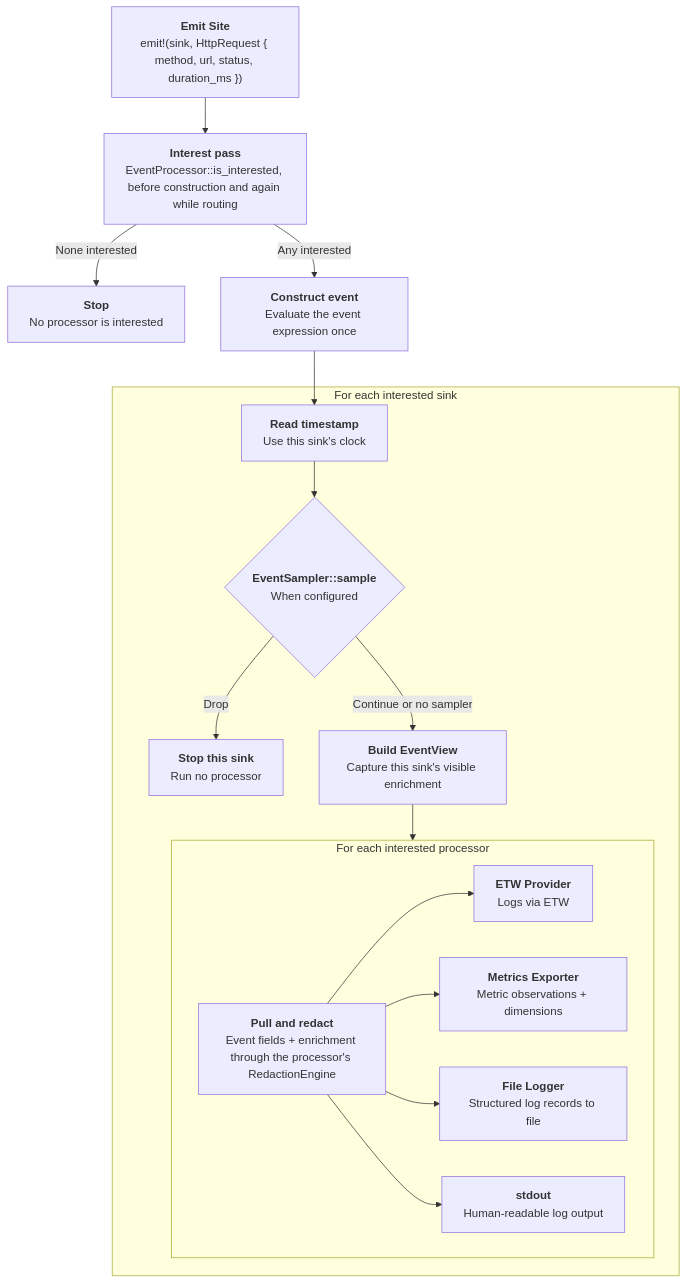
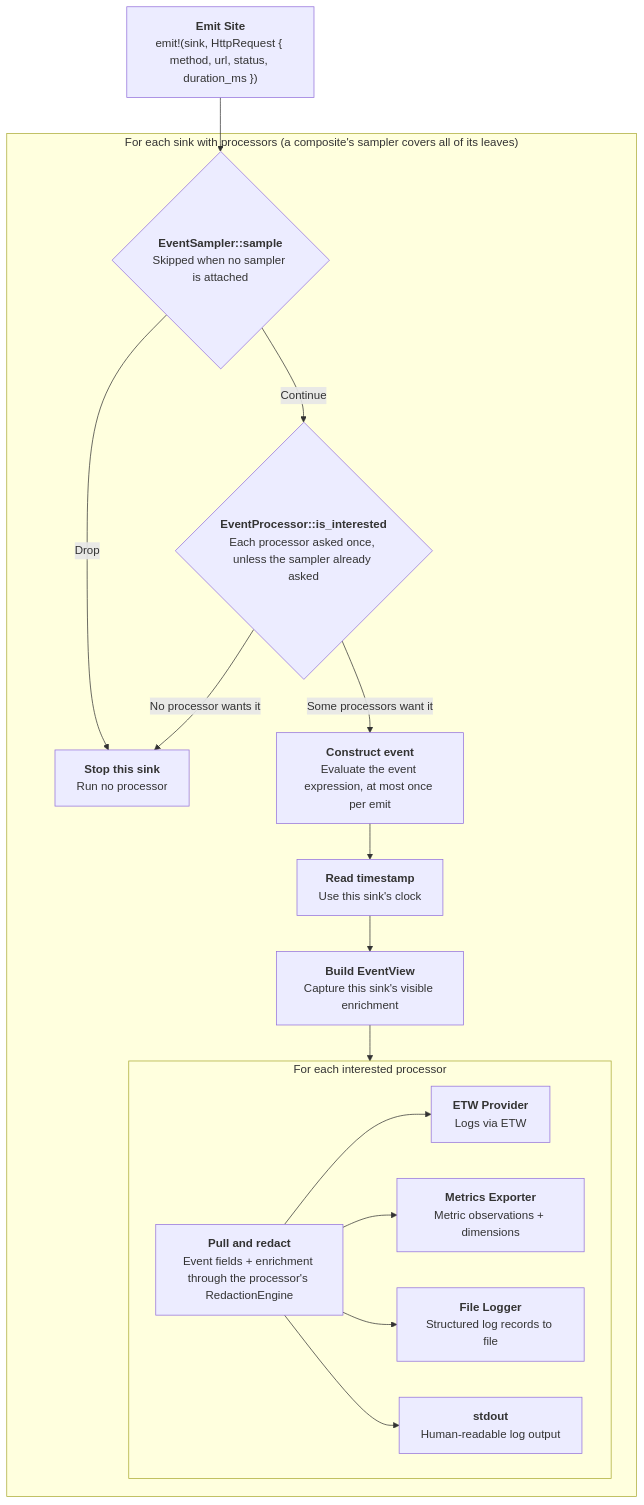
Before and after one commit to microsoft/oxidizer: the diagram in crates/observed/DESIGN.md, drawn with Mermaid. The commit also changed other lines of this file and 13 other files, not shown here.

First line of the commit message:
feat(observed)!: let event samplers decide before processors are asked

```diff
--- a/crates/observed/DESIGN.md
+++ b/crates/observed/DESIGN.md
@@ -372,33 +375,32 @@
 :::mermaid
 flowchart TD
     emit["<b>Emit Site</b><br/>emit!(sink, HttpRequest { method, url, status, duration_ms })"]
-    filter["<b>Interest pass</b><br/>EventProcessor::is_interested, before construction and again while routing"]
-    stop["<b>Stop</b><br/>No processor is interested"]
-    construct["<b>Construct event</b><br/>Evaluate the event expression once"]
 
-    emit --> filter
-    filter -- "None interested" --> stop
-    filter -- "Any interested" --> construct
-    construct --> timestamp
+    emit --> sample
 
-    subgraph sink ["For each interested sink"]
+    subgraph sink ["For each sink with processors (a composite's sampler covers all of its leaves)"]
+        sample{"<b>EventSampler::sample</b><br/>Skipped when no sampler is attached"}
+        interest{"<b>EventProcessor::is_interested</b><br/>Each processor asked once, unless the sampler already asked"}
+        dropped["<b>Stop this sink</b><br/>Run no processor"]
+        construct["<b>Construct event</b><br/>Evaluate the event expression, at most once per emit"]
         timestamp["<b>Read timestamp</b><br/>Use this sink's clock"]
-        sample{"<b>EventSampler::sample</b><br/>When configured"}
-        dropped["<b>Stop this sink</b><br/>Run no processor"]
         view["<b>Build EventView</b><br/>Capture this sink's visible enrichment"]
 
-        timestamp --> sample
         sample -- "Drop" --> dropped
-        sample -- "Continue or no sampler" --> view
+        sample -- "Continue" --> interest
+        interest -- "No processor wants it" --> dropped
+        interest -- "Some processors want it" --> construct
+        construct --> timestamp
+        timestamp --> view
 
         view --> loop
 
         subgraph loop ["For each interested processor"]
             redact["<b>Pull and redact</b><br/>Event fields + enrichment through the processor's RedactionEngine"]
             redact --> etw["<b>ETW Provider</b><br/>Logs via ETW"]
             redact --> metrics["<b>Metrics Exporter</b><br/>Metric observations + dimensions"]
             redact --> file["<b>File Logger</b><br/>Structured log records to file"]
             redact --> stdout["<b>stdout</b><br/>Human-readable log output"]
         end
     end
 :::
```
